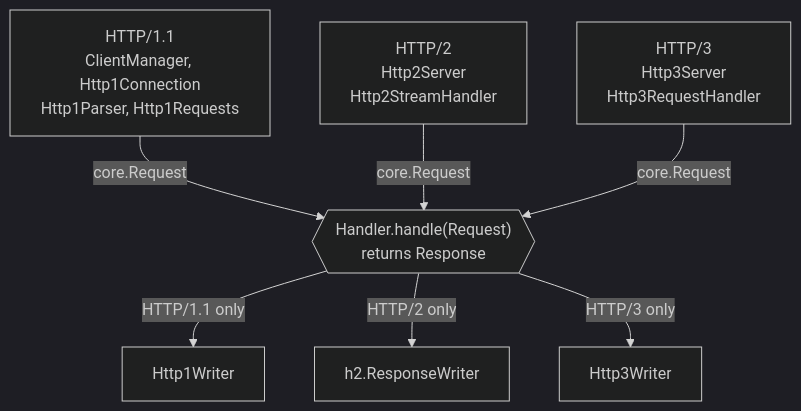
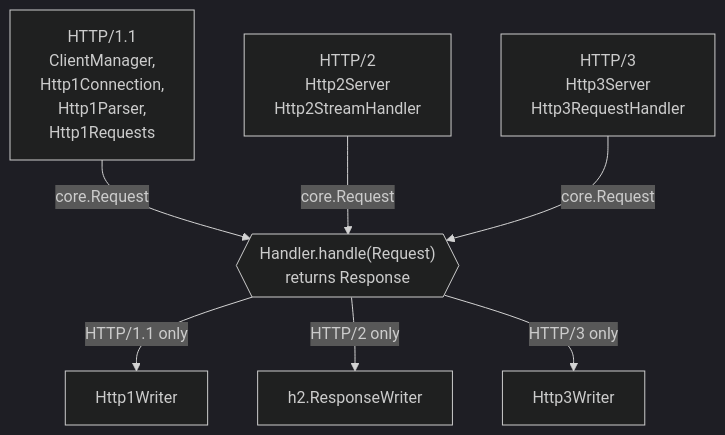
Before and after one commit to BlivionIaG/sjws_nettask: the first of 5 diagrams in docs/design/architecture.md, drawn with Mermaid (dark theme). The commit also changed other lines of this file and 19 other files, not shown here.

First line of the commit message:
docs: fix the diagrams the fact-check found imprecise

````diff
--- a/docs/design/architecture.md
+++ b/docs/design/architecture.md
@@ -29,19 +29,19 @@
 ```mermaid
 flowchart TB
-    p1["HTTP/1.1<br/>ClientManager, Http1Connection<br/>Http1Parser, Http1Requests"]
+    p1["HTTP/1.1<br/>ClientManager,<br/>Http1Connection,<br/>Http1Parser,<br/>Http1Requests"]
     p2["HTTP/2<br/>Http2Server<br/>Http2StreamHandler"]
     p3["HTTP/3<br/>Http3Server<br/>Http3RequestHandler"]
 
     h{{"Handler.handle(Request)<br/>returns Response"}}
 
     w1["Http1Writer"]
     w2["h2.ResponseWriter"]
     w3["Http3Writer"]
 
     p1 -->|"core.Request"| h
     p2 -->|"core.Request"| h
     p3 -->|"core.Request"| h
     h -->|"HTTP/1.1 only"| w1
     h -->|"HTTP/2 only"| w2
     h -->|"HTTP/3 only"| w3
 ```
````
